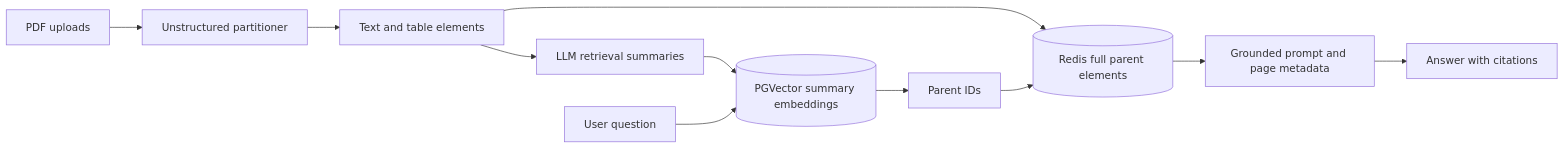
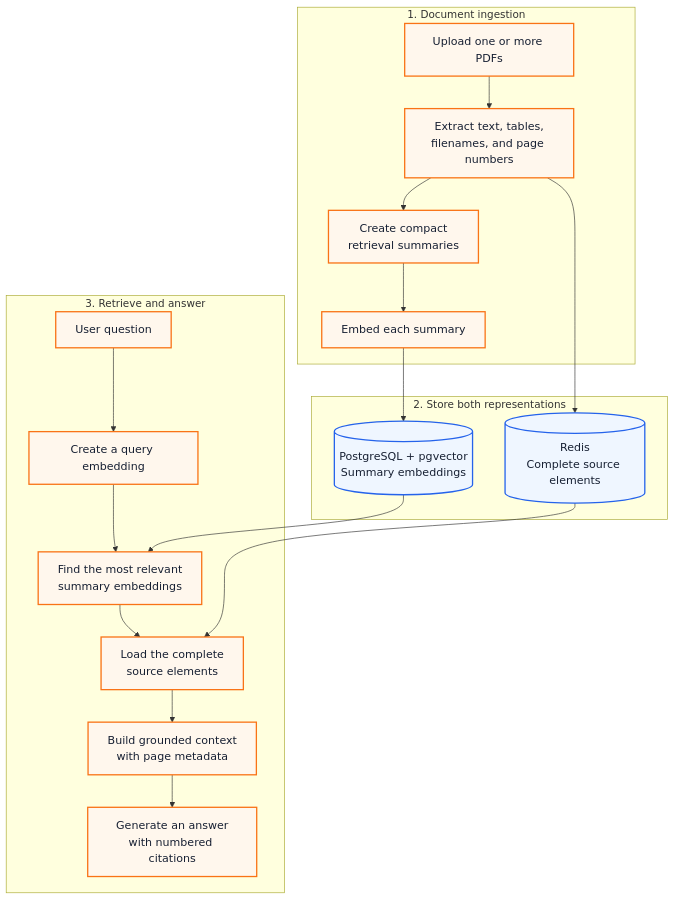
The diagram in README.md (aneeshKM/CiteCraft-RAG), drawn with Mermaid before and after one commit. The commit also changed other lines of this file, not shown here.

````diff
--- a/README.md
+++ b/README.md
@@ -34,13 +34,44 @@
 ```mermaid
-flowchart LR
-    A[PDF uploads] --> B[Unstructured partitioner]
-    B --> C[Text and table elements]
-    C --> D[LLM retrieval summaries]
-    D --> E[(PGVector summary embeddings)]
-    C --> F[(Redis full parent elements)]
-    Q[User question] --> E
-    E --> G[Parent IDs]
-    G --> F
-    F --> H[Grounded prompt and page metadata]
-    H --> I[Answer with citations]
+flowchart TB
+    subgraph INGEST[1. Document ingestion]
+        A[Upload one or more PDFs]
+        B[Extract text, tables,<br/>filenames, and page numbers]
+        C[Create compact<br/>retrieval summaries]
+        C2[Embed each summary]
+
+        A --> B
+        B --> C
+        C --> C2
+    end
+
+    subgraph STORE[2. Store both representations]
+        D[(PostgreSQL + pgvector<br/>Summary embeddings)]
+        E[(Redis<br/>Complete source elements)]
+
+        C2 --> D
+        B --> E
+    end
+
+    subgraph ANSWER[3. Retrieve and answer]
+        F[User question]
+        F2[Create a query embedding]
+        G[Find the most relevant<br/>summary embeddings]
+        H[Load the complete<br/>source elements]
+        I[Build grounded context<br/>with page metadata]
+        J[Generate an answer<br/>with numbered citations]
+
+        F --> F2
+        F2 --> G
+        G --> H
+        H --> I
+        I --> J
+    end
+
+    D --> G
+    E --> H
+
+    classDef step fill:#fff7ed,stroke:#f97316,stroke-width:2px,color:#172033,font-size:17px;
+    classDef store fill:#eff6ff,stroke:#2563eb,stroke-width:2px,color:#172033,font-size:17px;
+    class A,B,C,C2,F,F2,G,H,I,J step;
+    class D,E store;
 ```
````
